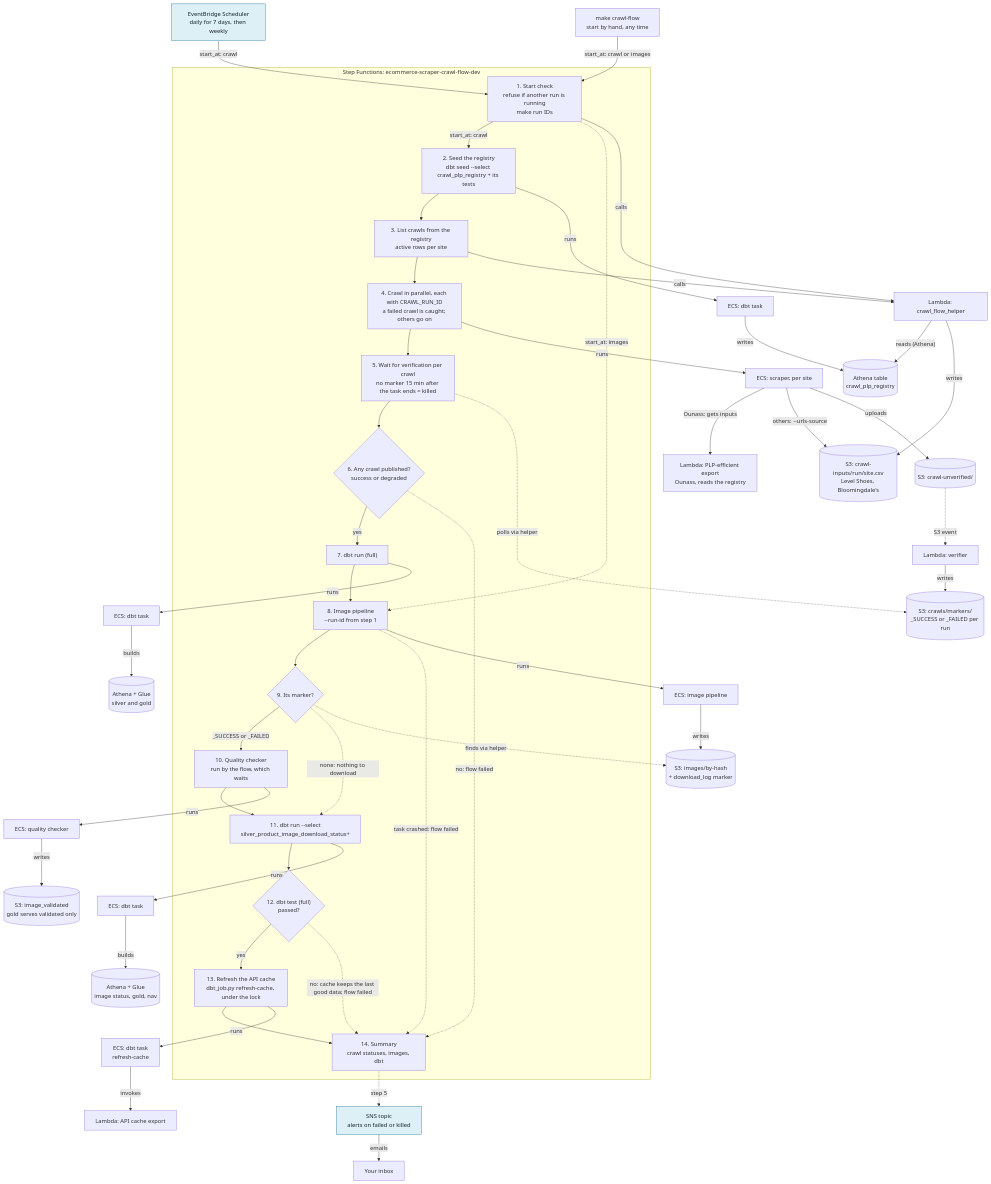
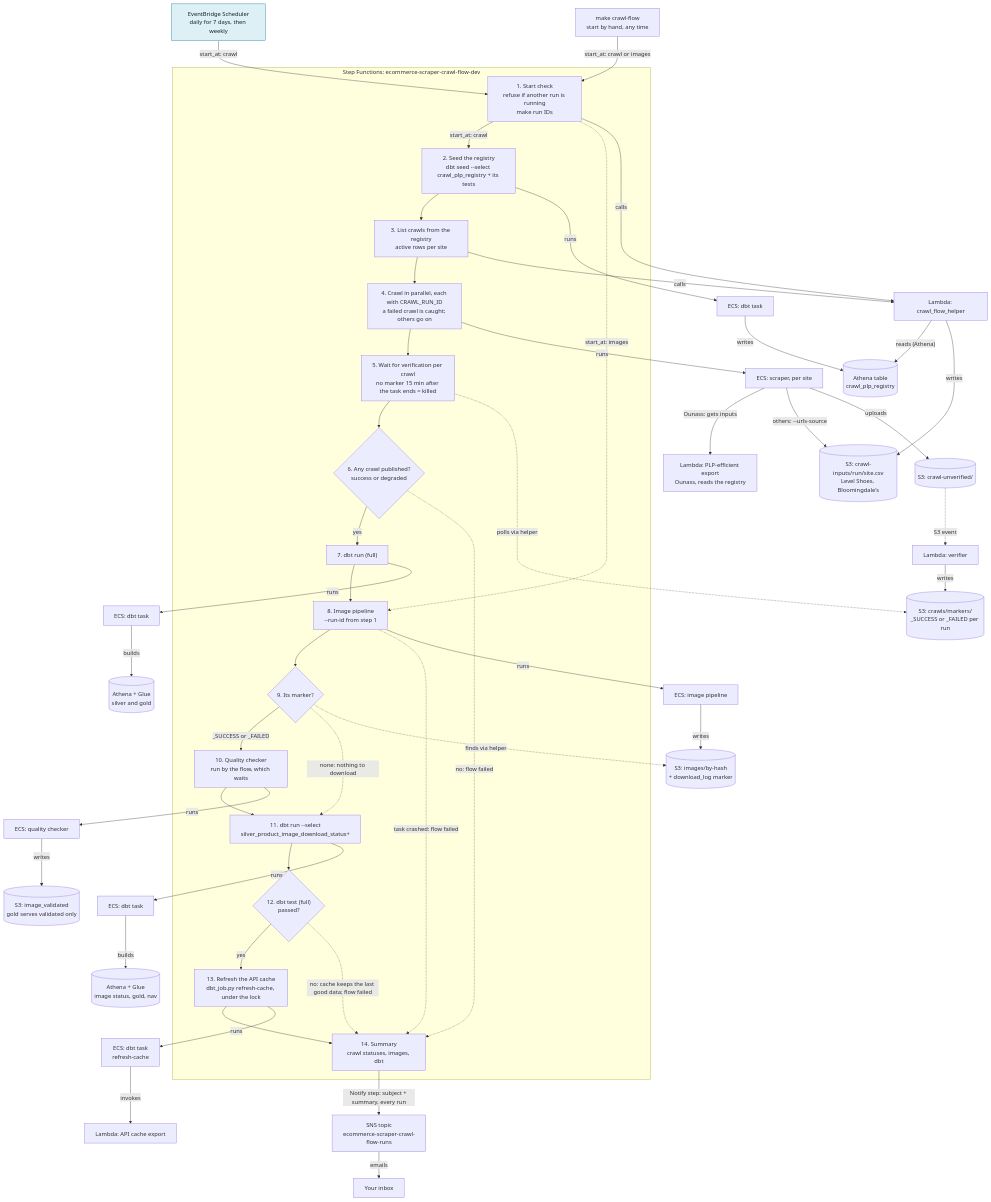
The first of 3 diagrams in docs/cicd_architecture.md (tareklel/ecommerce-scraper), drawn with Mermaid before and after one commit. The commit also changed other lines of this file and 7 other files, not shown here.

First line of the commit message:
feat: email the crawl flow summary after every run

````diff
--- a/docs/cicd_architecture.md
+++ b/docs/cicd_architecture.md
@@ -112,9 +112,9 @@
   dbt4["ECS: dbt task<br/>refresh-cache"]
   s14 -->|runs| dbt4 -->|invokes| apicache
 
-  sns["SNS topic<br/>alerts on failed or killed"]:::planned
+  sns["SNS topic<br/>ecommerce-scraper-crawl-flow-runs"]
   inbox["Your inbox"]
-  s13 -.->|"step 5"| sns -->|emails| inbox
+  s13 -->|"Notify step: subject + summary, every run"| sns -->|emails| inbox
 
   classDef planned fill:#ddf0f5,stroke:#0b6f8a,color:#16232d
 ```
````
